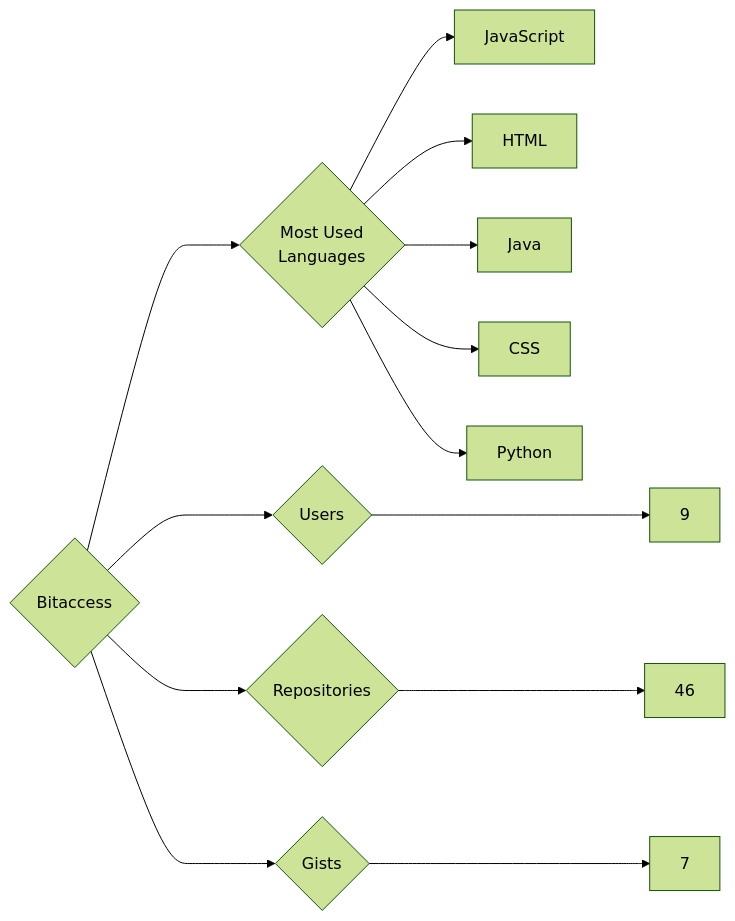
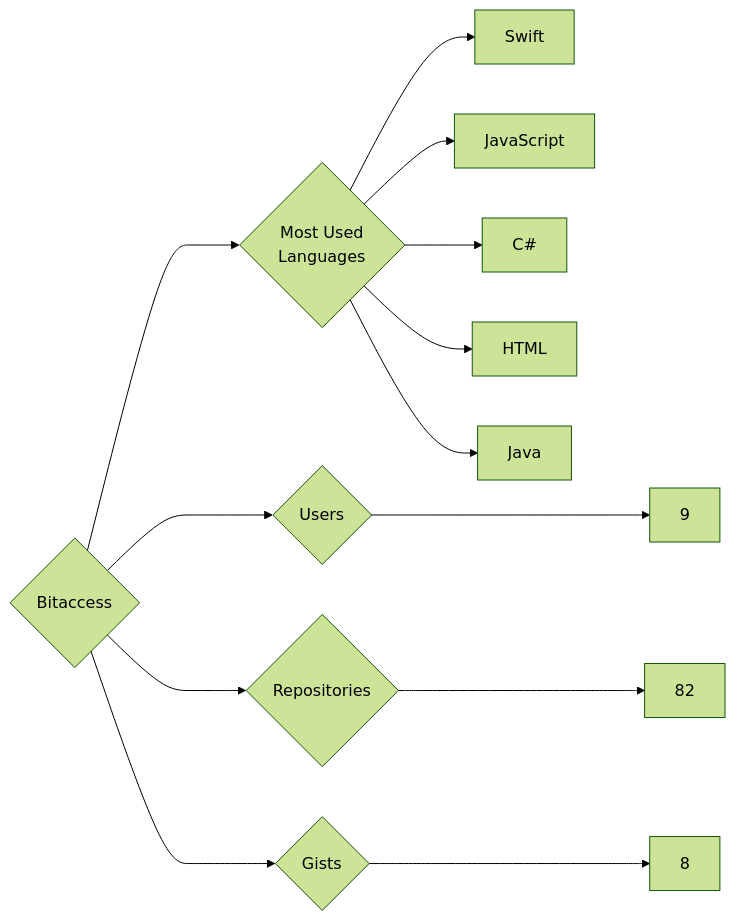
The diagram in targets/Bitaccess/README.md (trickest/insiders), drawn with Mermaid (forest theme) before and after one commit. The commit also changed 750 other files, not shown here.

````diff
--- a/targets/Bitaccess/README.md
+++ b/targets/Bitaccess/README.md
@@ -3,13 +3,13 @@
 ```mermaid
 graph LR
 COMPANY_NAME{Bitaccess}
 COMPANY_NAME ---> U{Users} ---> UN[9]
-COMPANY_NAME ---> R{Repositories} ---> RN[46]
-COMPANY_NAME ---> G{Gists} ---> GN[7]
+COMPANY_NAME ---> R{Repositories} ---> RN[82]
+COMPANY_NAME ---> G{Gists} ---> GN[8]
 COMPANY_NAME ---> ML{Most Used<br>Languages}
+ML --> Swift[Swift]
 ML --> JavaScript[JavaScript]
+ML --> C#[C#]
 ML --> HTML[HTML]
 ML --> Java[Java]
-ML --> CSS[CSS]
-ML --> Python[Python]
 ```
````
